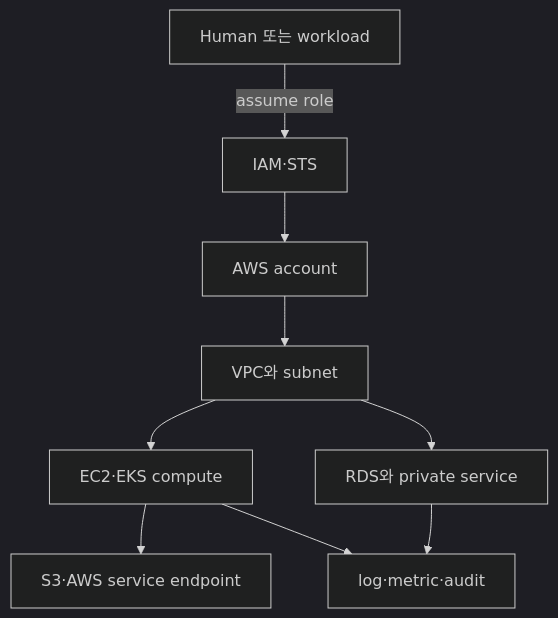
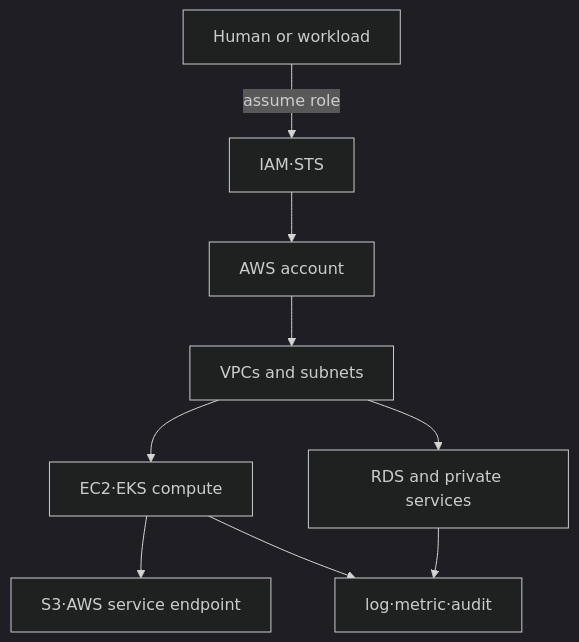
Before and after one commit to nohdol97/nohdol-study: the diagram in docs-site/content/aws-foundations/00-roadmap.md, drawn with Mermaid (dark theme). The commit also changed other lines of this file and 116 other files, not shown here.

````diff
--- a/docs-site/content/aws-foundations/00-roadmap.md
+++ b/docs-site/content/aws-foundations/00-roadmap.md
@@ -24,11 +24,11 @@
 ```mermaid
 flowchart TB
-    H[Human 또는 workload] -->|assume role| I[IAM·STS]
+    H[Human or workload] -->|assume role| I[IAM·STS]
     I --> A[AWS account]
-    A --> V[VPC와 subnet]
+    A --> V[VPCs and subnets]
     V --> C[EC2·EKS compute]
-    V --> D[RDS와 private service]
+    V --> D[RDS and private services]
     C --> S[S3·AWS service endpoint]
     C --> O[log·metric·audit]
     D --> O
 ```
````
